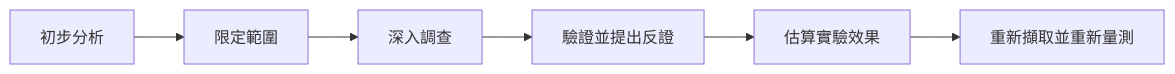
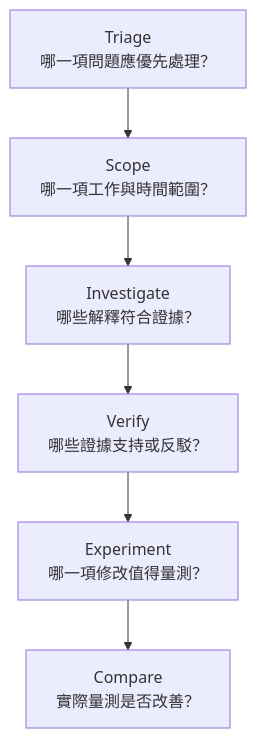
One commit to kuopinghsu/FreeRTOS-BTF-Trace changed the sixth of 6 diagrams in BTFViewer/WORKFLOWS_zh-TW.md. Above: the diagram before and after it, drawn with Mermaid. The commit also changed other lines of this file and 112 other files, not shown here.

````diff
--- a/BTFViewer/WORKFLOWS_zh-TW.md
+++ b/BTFViewer/WORKFLOWS_zh-TW.md
@@ -280,8 +442,8 @@
 ```mermaid
-flowchart LR
-  triage["初步分析"] --> scope["限定範圍"]
-  scope --> investigate["深入調查"]
-  investigate --> verify["驗證並提出反證"]
-  verify --> experiment["估算實驗效果"]
-  experiment --> remeasure["重新擷取並重新量測"]
+flowchart TD
+  triage["Triage<br/>哪一項問題應優先處理？"] --> scope["Scope<br/>哪一項工作與時間範圍？"]
+  scope --> investigate["Investigate<br/>哪些解釋符合證據？"]
+  investigate --> verify["Verify<br/>哪些證據支持或反駁？"]
+  verify --> experiment["Experiment<br/>哪一項修改值得量測？"]
+  experiment --> compare["Compare<br/>實際量測是否改善？"]
 ```
````
